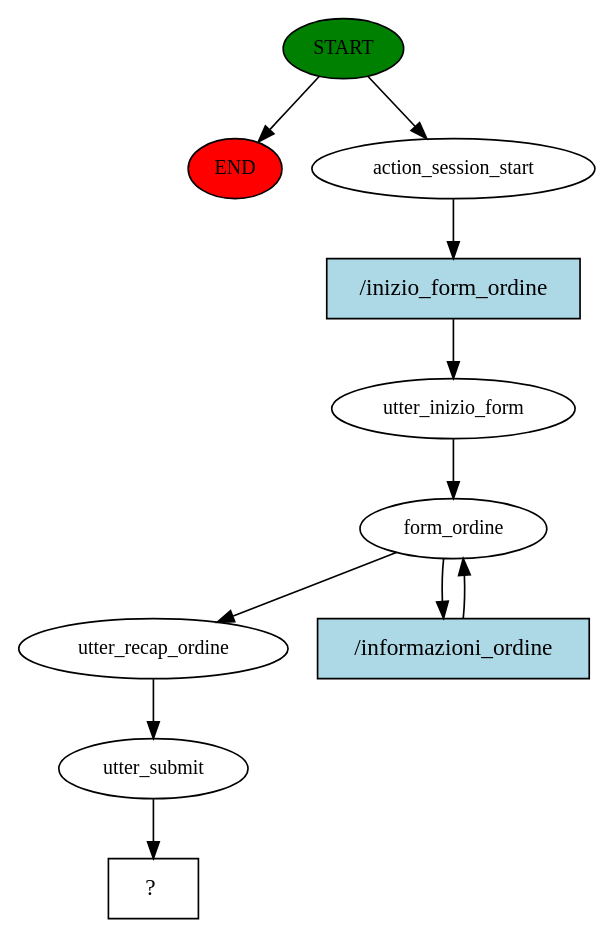
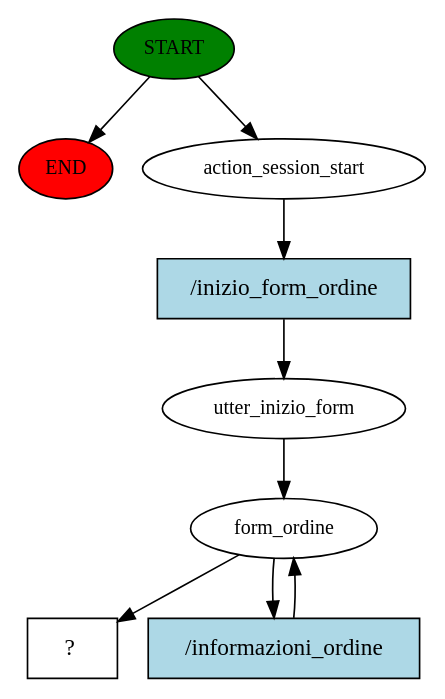
The diagram in story_graph.dot (Paolo95/Rasa_Chatbot), drawn with Graphviz before and after one commit. The commit also changed 4 other files, not shown here.

```diff
--- a/story_graph.dot
+++ b/story_graph.dot
@@ -1,22 +1,18 @@
 digraph  {
 0 [class="start active", fillcolor=green, fontsize=12, label=START, style=filled];
 "-1" [class=end, fillcolor=red, fontsize=12, label=END, style=filled];
 1 [class=active, fontsize=12, label=action_session_start];
 2 [class=active, fontsize=12, label=utter_inizio_form];
 3 [class=active, fontsize=12, label=form_ordine];
-9 [class=active, fontsize=12, label=utter_recap_ordine];
-10 [class=active, fontsize=12, label=utter_submit];
-11 [class="intent dashed active", label="  ?  ", shape=rect];
-12 [class="intent active", fillcolor=lightblue, label="/inizio_form_ordine", shape=rect, style=filled];
-13 [class="intent active", fillcolor=lightblue, label="/informazioni_ordine", shape=rect, style=filled];
+10 [class="intent dashed active", label="  ?  ", shape=rect];
+11 [class="intent active", fillcolor=lightblue, label="/inizio_form_ordine", shape=rect, style=filled];
+12 [class="intent active", fillcolor=lightblue, label="/informazioni_ordine", shape=rect, style=filled];
 0 -> "-1"  [class="", key=NONE, label=""];
 0 -> 1  [class=active, key=NONE, label=""];
-1 -> 12  [class=active, key=0];
+1 -> 11  [class=active, key=0];
 2 -> 3  [class=active, key=NONE, label=""];
-3 -> 9  [class=active, key=NONE, label=""];
-3 -> 13  [class=active, key=0];
-9 -> 10  [class=active, key=NONE, label=""];
-10 -> 11  [class=active, key=NONE, label=""];
-12 -> 2  [class=active, key=0];
-13 -> 3  [class=active, key=0];
+3 -> 10  [class=active, key=NONE, label=""];
+3 -> 12  [class=active, key=0];
+11 -> 2  [class=active, key=0];
+12 -> 3  [class=active, key=0];
 }
```
